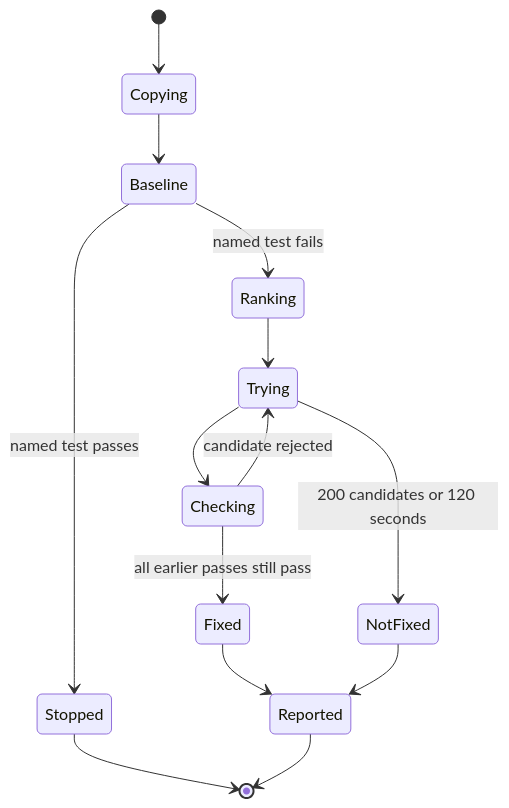
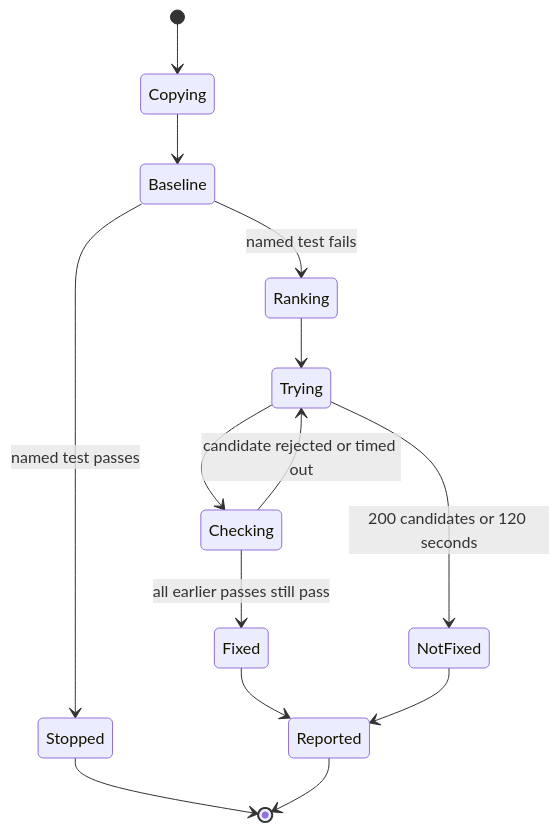
One commit to untzaidsarwar/se-agent changed the fourth of 4 diagrams in docs/FULL_SPEC.md. Above: the diagram before and after it, drawn with Mermaid. The commit also changed other lines of this file and 1 other file, not shown here.

````diff
--- a/docs/FULL_SPEC.md
+++ b/docs/FULL_SPEC.md
@@ -174,16 +180,16 @@
 ```mermaid
 stateDiagram-v2
   [*] --> Copying
   Copying --> Baseline
   Baseline --> Stopped: named test passes
   Baseline --> Ranking: named test fails
   Ranking --> Trying
   Trying --> Checking
   Checking --> Fixed: all earlier passes still pass
-  Checking --> Trying: candidate rejected
+  Checking --> Trying: candidate rejected or timed out
   Trying --> NotFixed: 200 candidates or 120 seconds
   Fixed --> Reported
   NotFixed --> Reported
   Stopped --> [*]
   Reported --> [*]
 ```
````
